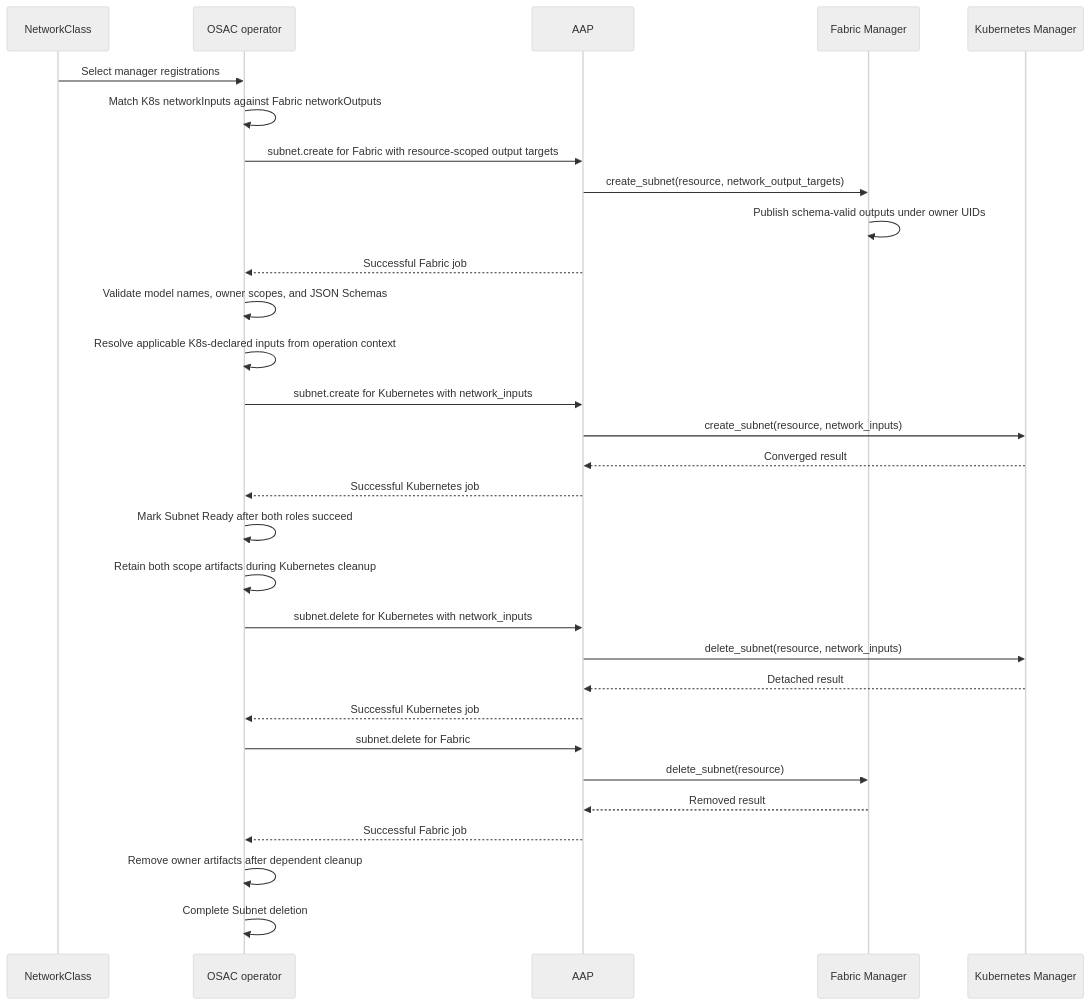
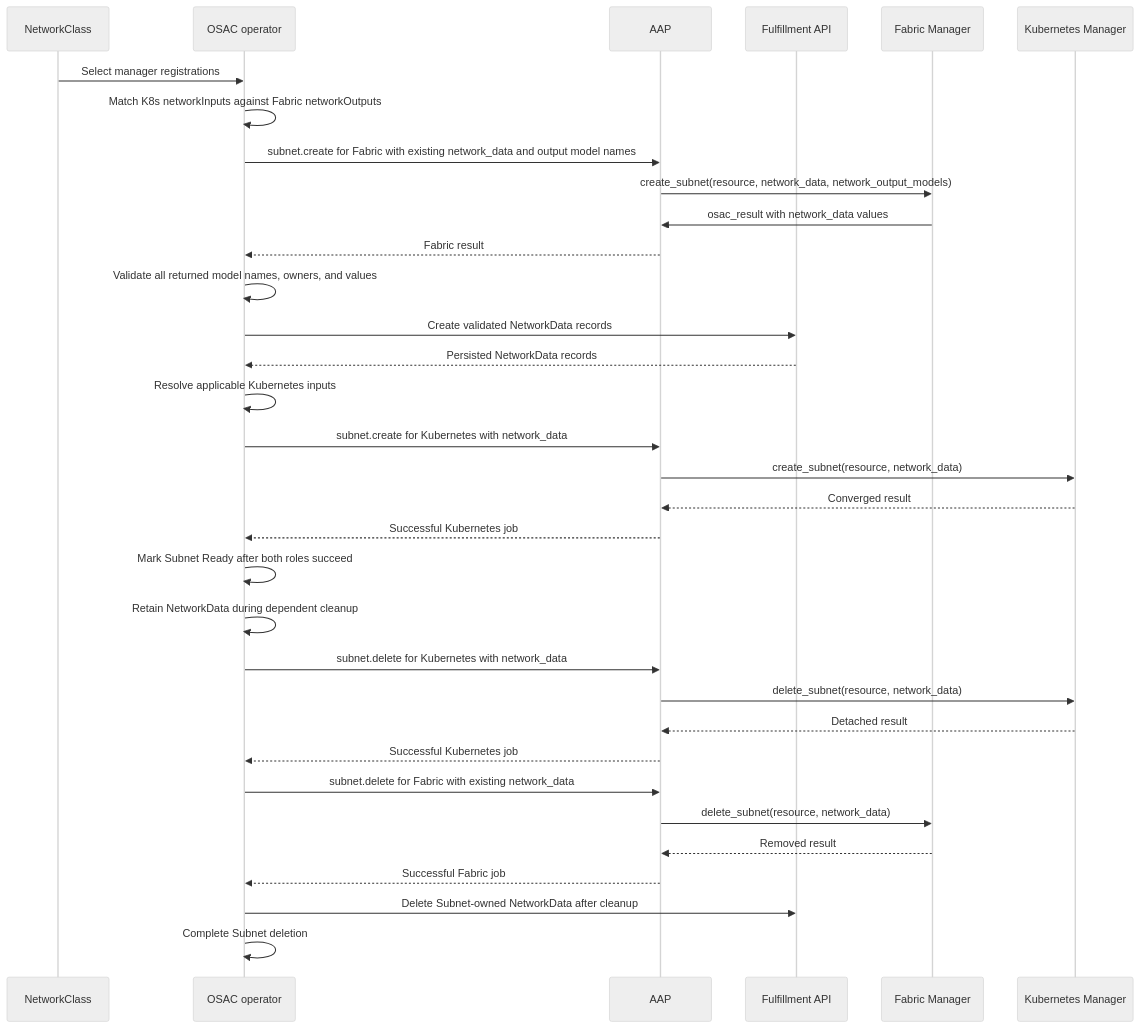
The first of 2 diagrams in enhancements/OSAC-1433-network-manager-integration-contract-networking/design.md (danmanor/enhancement-proposals), drawn with Mermaid (neutral theme) before and after one commit. The commit also changed other lines of this file and 9 other files, not shown here.

````diff
--- a/enhancements/OSAC-1433-network-manager-integration-contract-networking/design.md
+++ b/enhancements/OSAC-1433-network-manager-integration-contract-networking/design.md
@@ -476,34 +566,37 @@
 ```mermaid
 sequenceDiagram
     participant NC as NetworkClass
     participant Operator as OSAC operator
     participant AAP as AAP
+    participant Fulfillment as Fulfillment API
     participant Fabric as Fabric Manager
     participant K8s as Kubernetes Manager
 
     NC->>Operator: Select manager registrations
     Operator->>Operator: Match K8s networkInputs against Fabric networkOutputs
-    Operator->>AAP: subnet.create for Fabric with resource-scoped output targets
-    AAP->>Fabric: create_subnet(resource, network_output_targets)
-    Fabric->>Fabric: Publish schema-valid outputs under owner UIDs
-    AAP-->>Operator: Successful Fabric job
-    Operator->>Operator: Validate model names, owner scopes, and JSON Schemas
-    Operator->>Operator: Resolve applicable K8s-declared inputs from operation context
-    Operator->>AAP: subnet.create for Kubernetes with network_inputs
-    AAP->>K8s: create_subnet(resource, network_inputs)
+    Operator->>AAP: subnet.create for Fabric with existing network_data and output model names
+    AAP->>Fabric: create_subnet(resource, network_data, network_output_models)
+    Fabric->>AAP: osac_result with network_data values
+    AAP-->>Operator: Fabric result
+    Operator->>Operator: Validate all returned model names, owners, and values
+    Operator->>Fulfillment: Create validated NetworkData records
+    Fulfillment-->>Operator: Persisted NetworkData records
+    Operator->>Operator: Resolve applicable Kubernetes inputs
+    Operator->>AAP: subnet.create for Kubernetes with network_data
+    AAP->>K8s: create_subnet(resource, network_data)
     K8s-->>AAP: Converged result
     AAP-->>Operator: Successful Kubernetes job
     Operator->>Operator: Mark Subnet Ready after both roles succeed
 
-    Operator->>Operator: Retain both scope artifacts during Kubernetes cleanup
-    Operator->>AAP: subnet.delete for Kubernetes with network_inputs
-    AAP->>K8s: delete_subnet(resource, network_inputs)
+    Operator->>Operator: Retain NetworkData during dependent cleanup
+    Operator->>AAP: subnet.delete for Kubernetes with network_data
+    AAP->>K8s: delete_subnet(resource, network_data)
     K8s-->>AAP: Detached result
     AAP-->>Operator: Successful Kubernetes job
-    Operator->>AAP: subnet.delete for Fabric
-    AAP->>Fabric: delete_subnet(resource)
+    Operator->>AAP: subnet.delete for Fabric with existing network_data
+    AAP->>Fabric: delete_subnet(resource, network_data)
     Fabric-->>AAP: Removed result
     AAP-->>Operator: Successful Fabric job
-    Operator->>Operator: Remove owner artifacts after dependent cleanup
+    Operator->>Fulfillment: Delete Subnet-owned NetworkData after cleanup
     Operator->>Operator: Complete Subnet deletion
 ```
````
